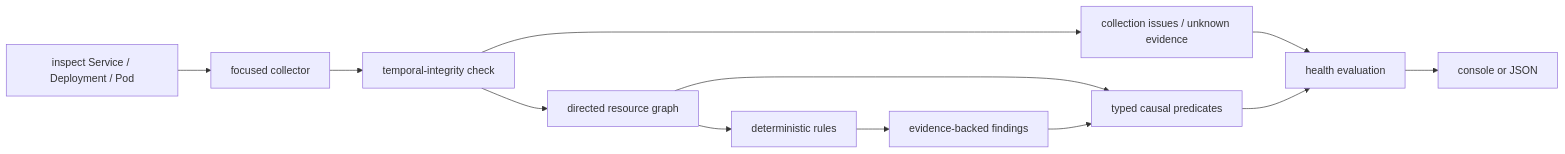
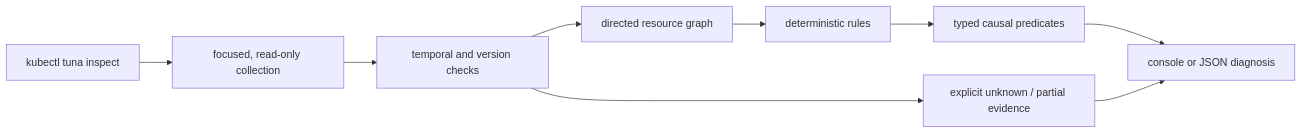
Before and after one commit to leventozen/kubectl-tuna: the diagram in README.md, drawn with Mermaid. The commit also changed other lines of this file and 54 other files, not shown here.

````diff
--- a/README.md
+++ b/README.md
@@ -114,14 +119,11 @@
 ```mermaid
 flowchart LR
-    CLI["inspect Service / Deployment / Pod"] --> C["focused collector"]
-    C --> T["temporal-integrity check"]
+    CLI["kubectl tuna inspect"] --> C["focused, read-only collection"]
+    C --> T["temporal and version checks"]
     T --> G["directed resource graph"]
-    T --> U["collection issues / unknown evidence"]
     G --> R["deterministic rules"]
-    R --> F["evidence-backed findings"]
-    G --> X["typed causal predicates"]
-    F --> X
-    U --> H["health evaluation"]
-    X --> H
-    H --> O["console or JSON"]
+    R --> X["typed causal predicates"]
+    X --> O["console or JSON diagnosis"]
+    T --> U["explicit unknown / partial evidence"]
+    U --> O
 ```
````
